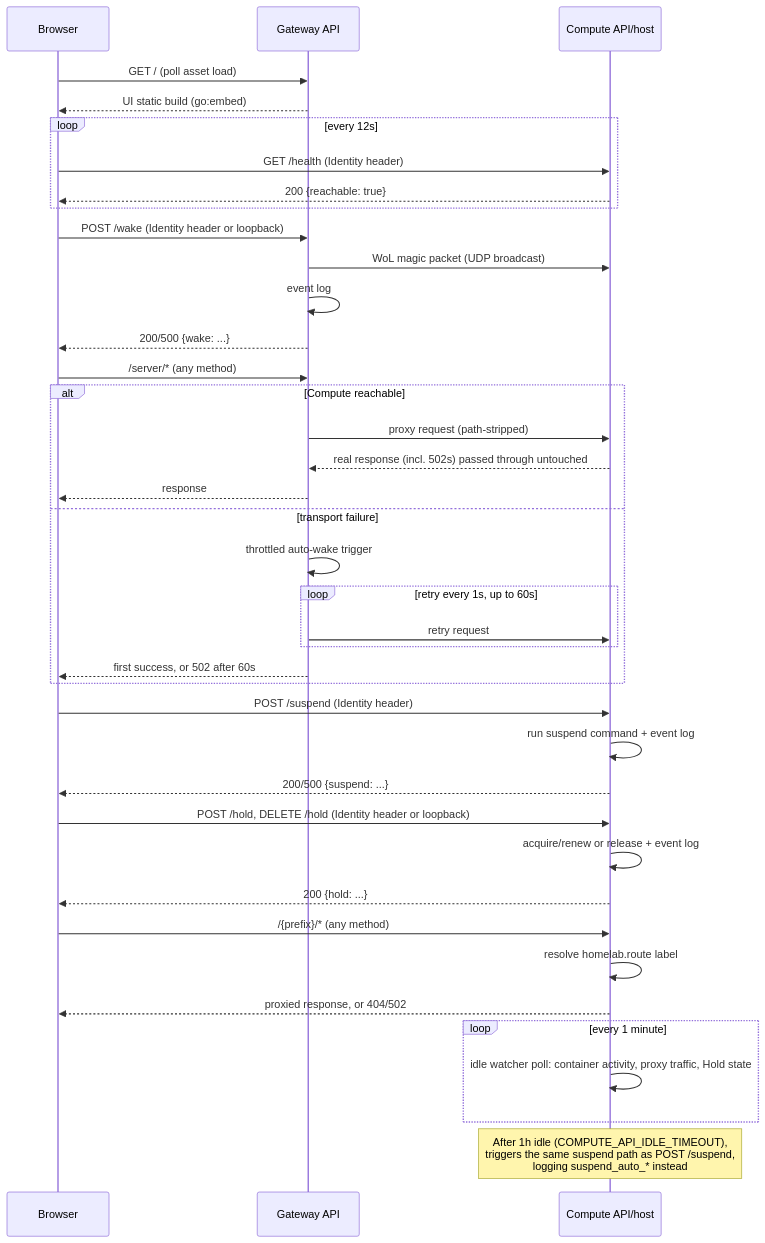
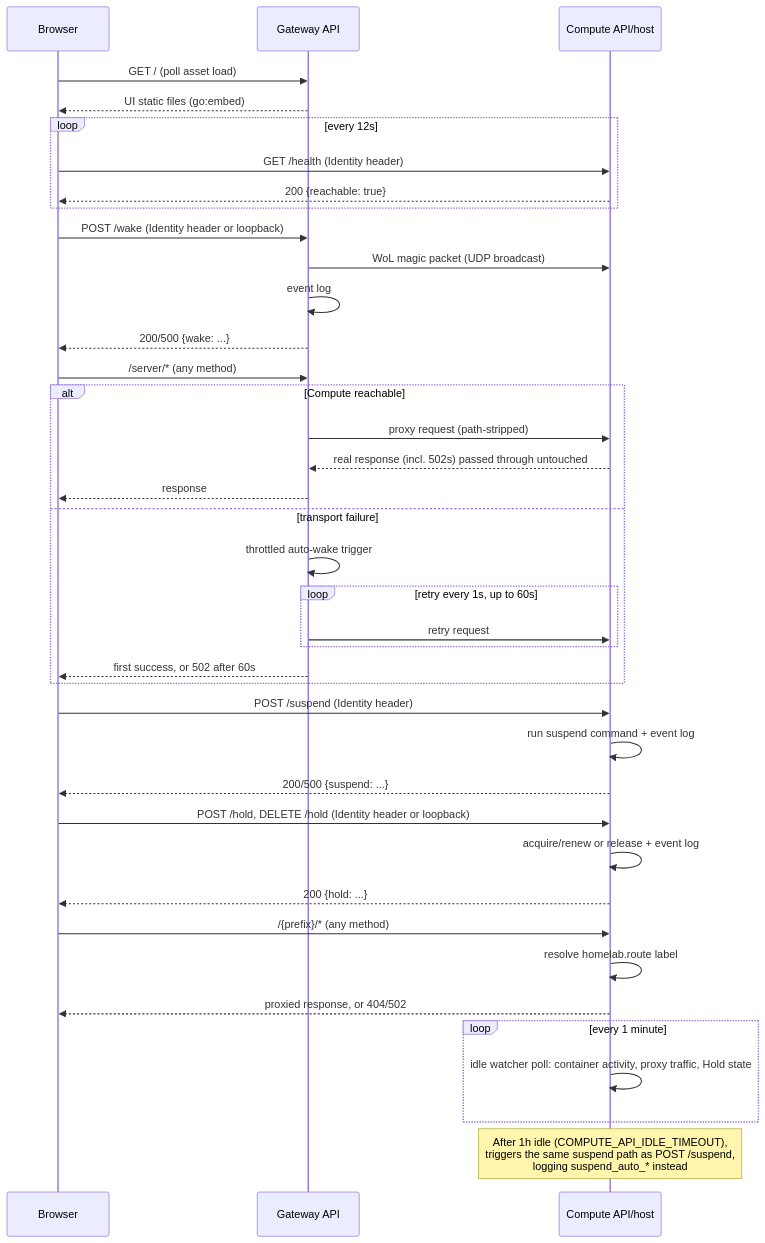
The diagram in ARCHITECTURE.md (nikbogman/cloudberry), drawn with Mermaid before and after one commit. The commit also changed other lines of this file and 31 other files, not shown here.

````diff
--- a/ARCHITECTURE.md
+++ b/ARCHITECTURE.md
@@ -76,49 +76,49 @@
 ```mermaid
 sequenceDiagram
     participant B as Browser
     participant G as Gateway API
     participant C as Compute API/host
 
     B->>G: GET / (poll asset load)
-    G-->>B: UI static build (go:embed)
+    G-->>B: UI static files (go:embed)
 
     loop every 12s
         B->>C: GET /health (Identity header)
         C-->>B: 200 {reachable: true}
     end
 
     B->>G: POST /wake (Identity header or loopback)
     G->>C: WoL magic packet (UDP broadcast)
     G->>G: event log
     G-->>B: 200/500 {wake: ...}
 
     B->>G: /server/* (any method)
     alt Compute reachable
         G->>C: proxy request (path-stripped)
         C-->>G: real response (incl. 502s) passed through untouched
         G-->>B: response
     else transport failure
         G->>G: throttled auto-wake trigger
         loop retry every 1s, up to 60s
             G->>C: retry request
         end
         G-->>B: first success, or 502 after 60s
     end
 
     B->>C: POST /suspend (Identity header)
     C->>C: run suspend command + event log
     C-->>B: 200/500 {suspend: ...}
 
     B->>C: POST /hold, DELETE /hold (Identity header or loopback)
     C->>C: acquire/renew or release + event log
     C-->>B: 200 {hold: ...}
 
     B->>C: /{prefix}/* (any method)
     C->>C: resolve homelab.route label
     C-->>B: proxied response, or 404/502
 
     loop every 1 minute
         C->>C: idle watcher poll: container activity, proxy traffic, Hold state
     end
     Note over C: After 1h idle (COMPUTE_API_IDLE_TIMEOUT),<br/>triggers the same suspend path as POST /suspend,<br/>logging suspend_auto_* instead
 ```
````
